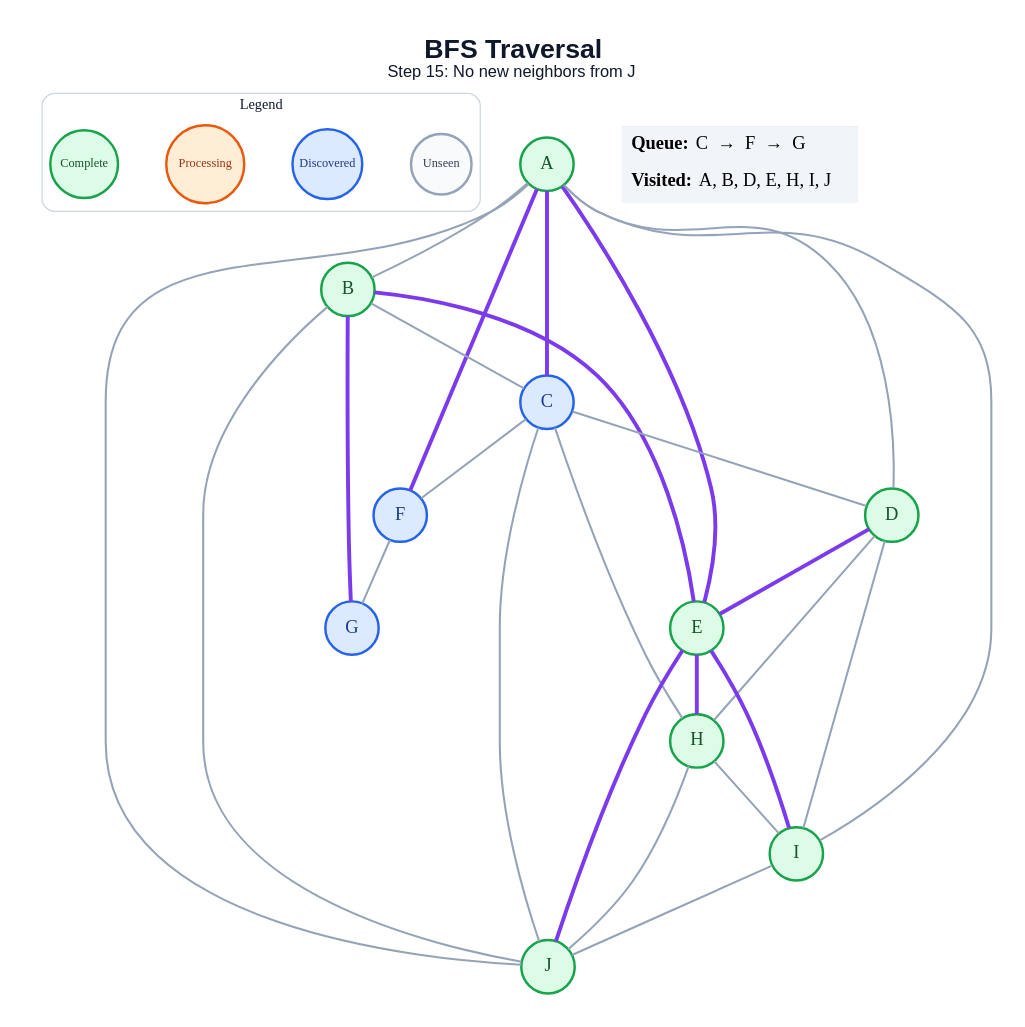
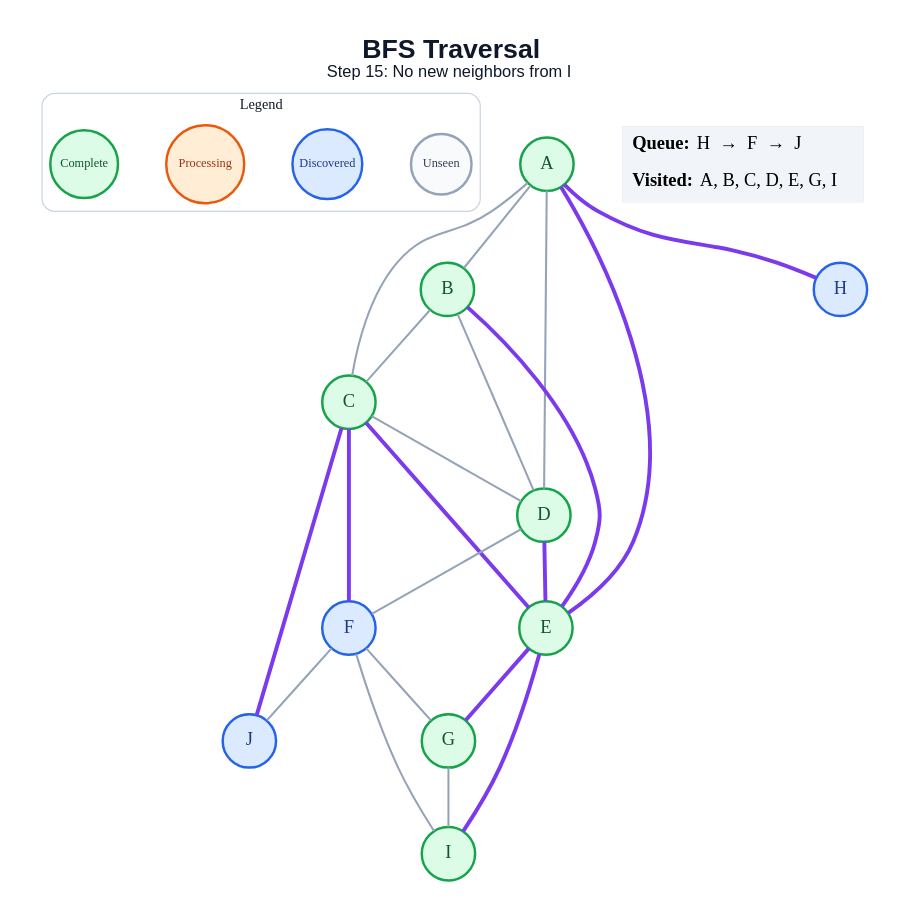
The diagram in generated/specific-node/bfs/step_15.dot (amanghodawala9/ai-slop), drawn with Graphviz before and after one commit. The commit also changed 178 other files, not shown here.

```diff
--- a/generated/specific-node/bfs/step_15.dot
+++ b/generated/specific-node/bfs/step_15.dot
@@ -1,54 +1,49 @@
 graph traversal {
   graph [layout=dot, rankdir=TB, bgcolor="#FFFFFF", pad="0.35", nodesep="0.65", ranksep="0.8", fontname="Arial"];
   node [shape=circle, style="filled", fontname="Arial Bold", fontsize=18, width=0.72, fixedsize=true, penwidth=2.4];
   edge [color="#94A3B8", penwidth=2.0];
-  label=<<B>BFS Traversal</B><BR/><FONT POINT-SIZE="16">Step 15: No new neighbors from J</FONT>>; labelloc="t"; fontsize=26; fontname="Arial"; fontcolor="#0F172A";
+  label=<<B>BFS Traversal</B><BR/><FONT POINT-SIZE="16">Step 15: No new neighbors from I</FONT>>; labelloc="t"; fontsize=26; fontname="Arial"; fontcolor="#0F172A";
   subgraph cluster_legend { label="Legend"; color="#CBD5E1"; penwidth=1.2; style="rounded"; fontsize=14; fontname="Arial Bold";
     key_unseen [label="Unseen", fillcolor="#F8FAFC", color="#94A3B8", fontcolor="#334155", fontsize=12, width=0.82];
     key_frontier [label="Discovered", fillcolor="#DBEAFE", color="#2563EB", fontcolor="#1E3A8A", fontsize=12, width=0.95];
     key_current [label="Processing", fillcolor="#FFEDD5", color="#EA580C", fontcolor="#9A3412", fontsize=12, width=1.05];
     key_done [label="Complete", fillcolor="#DCFCE7", color="#16A34A", fontcolor="#14532D", fontsize=12, width=0.92];
     { rank=same; key_unseen; key_frontier; key_current; key_done; }
   }
   A [fillcolor="#DCFCE7", color="#16A34A", fontcolor="#14532D"];
   B [fillcolor="#DCFCE7", color="#16A34A", fontcolor="#14532D"];
-  C [fillcolor="#DBEAFE", color="#2563EB", fontcolor="#1E3A8A"];
+  C [fillcolor="#DCFCE7", color="#16A34A", fontcolor="#14532D"];
   D [fillcolor="#DCFCE7", color="#16A34A", fontcolor="#14532D"];
   E [fillcolor="#DCFCE7", color="#16A34A", fontcolor="#14532D"];
   F [fillcolor="#DBEAFE", color="#2563EB", fontcolor="#1E3A8A"];
-  G [fillcolor="#DBEAFE", color="#2563EB", fontcolor="#1E3A8A"];
-  H [fillcolor="#DCFCE7", color="#16A34A", fontcolor="#14532D"];
+  G [fillcolor="#DCFCE7", color="#16A34A", fontcolor="#14532D"];
+  H [fillcolor="#DBEAFE", color="#2563EB", fontcolor="#1E3A8A"];
   I [fillcolor="#DCFCE7", color="#16A34A", fontcolor="#14532D"];
-  J [fillcolor="#DCFCE7", color="#16A34A", fontcolor="#14532D"];
+  J [fillcolor="#DBEAFE", color="#2563EB", fontcolor="#1E3A8A"];
   A -- B;
-  A -- C [color="#7C3AED", penwidth=3.8];
+  A -- C;
   A -- D;
   A -- E [color="#7C3AED", penwidth=3.8];
-  A -- F [color="#7C3AED", penwidth=3.8];
-  A -- I;
-  A -- J;
+  A -- H [color="#7C3AED", penwidth=3.8];
   B -- C;
+  B -- D;
   B -- E [color="#7C3AED", penwidth=3.8];
-  B -- G [color="#7C3AED", penwidth=3.8];
-  B -- J;
   C -- D;
-  C -- F;
-  C -- H;
-  C -- J;
+  C -- E [color="#7C3AED", penwidth=3.8];
+  C -- F [color="#7C3AED", penwidth=3.8];
+  C -- J [color="#7C3AED", penwidth=3.8];
   D -- E [color="#7C3AED", penwidth=3.8];
-  D -- H;
-  D -- I;
-  E -- H [color="#7C3AED", penwidth=3.8];
+  D -- F;
+  E -- G [color="#7C3AED", penwidth=3.8];
   E -- I [color="#7C3AED", penwidth=3.8];
-  E -- J [color="#7C3AED", penwidth=3.8];
   F -- G;
-  H -- I;
-  H -- J;
-  I -- J;
+  F -- I;
+  F -- J;
+  G -- I;
   status [shape=plain, fixedsize=false, width=0, height=0, margin=0, label=<
     <TABLE BORDER="0" CELLBORDER="0" CELLPADDING="7" BGCOLOR="#F1F5F9">
-      <TR><TD ALIGN="LEFT"><B>Queue:</B> C  →  F  →  G</TD></TR>
-      <TR><TD ALIGN="LEFT"><B>Visited:</B> A, B, D, E, H, I, J</TD></TR>
+      <TR><TD ALIGN="LEFT"><B>Queue:</B> H  →  F  →  J</TD></TR>
+      <TR><TD ALIGN="LEFT"><B>Visited:</B> A, B, C, D, E, G, I</TD></TR>
     </TABLE>
   >];
 }
```
